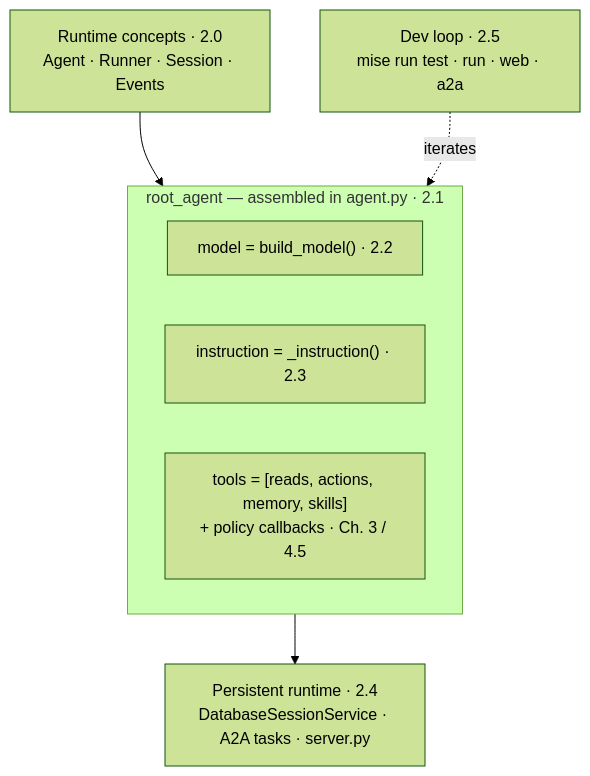
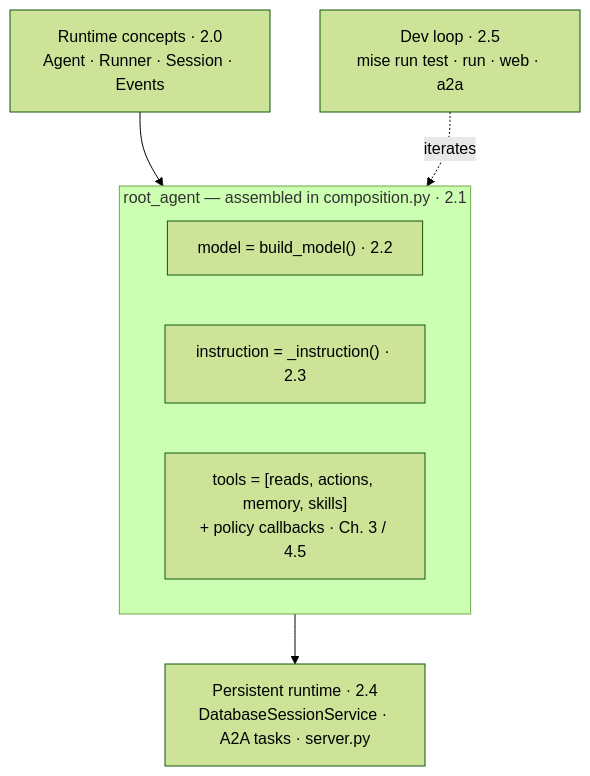
Before and after one commit to LuiGGi629/agentops-open-course: the diagram in docs/2. Agents/index.md, drawn with Mermaid (forest theme). The commit also changed other lines of this file and 121 other files, not shown here.

````diff
--- a/docs/2. Agents/index.md
+++ b/docs/2. Agents/index.md
@@ -57,14 +57,14 @@
     ```mermaid
     flowchart TD
         concepts["Runtime concepts · 2.0<br/>Agent · Runner · Session · Events"]
-        subgraph agent["root_agent — assembled in agent.py · 2.1"]
+        subgraph agent["root_agent — assembled in composition.py · 2.1"]
             model["model = build_model() · 2.2"]
             instr["instruction = _instruction() · 2.3"]
             tools["tools = [reads, actions, memory, skills]<br/>+ policy callbacks · Ch. 3 / 4.5"]
         end
         runtime["Persistent runtime · 2.4<br/>DatabaseSessionService · A2A tasks · server.py"]
         loop["Dev loop · 2.5<br/>mise run test · run · web · a2a"]
         concepts --> agent
         agent --> runtime
         loop -. iterates .-> agent
     ```
````
